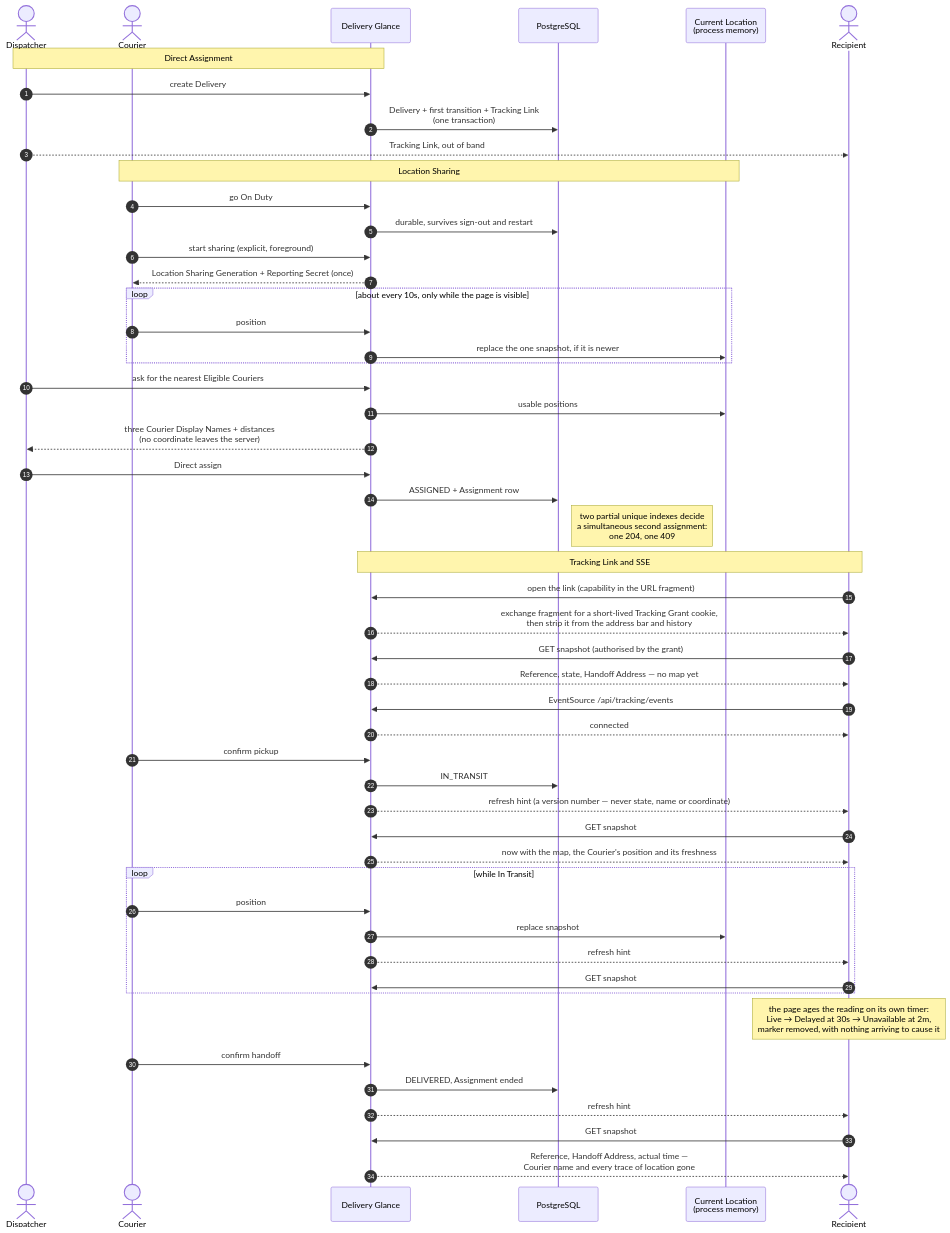
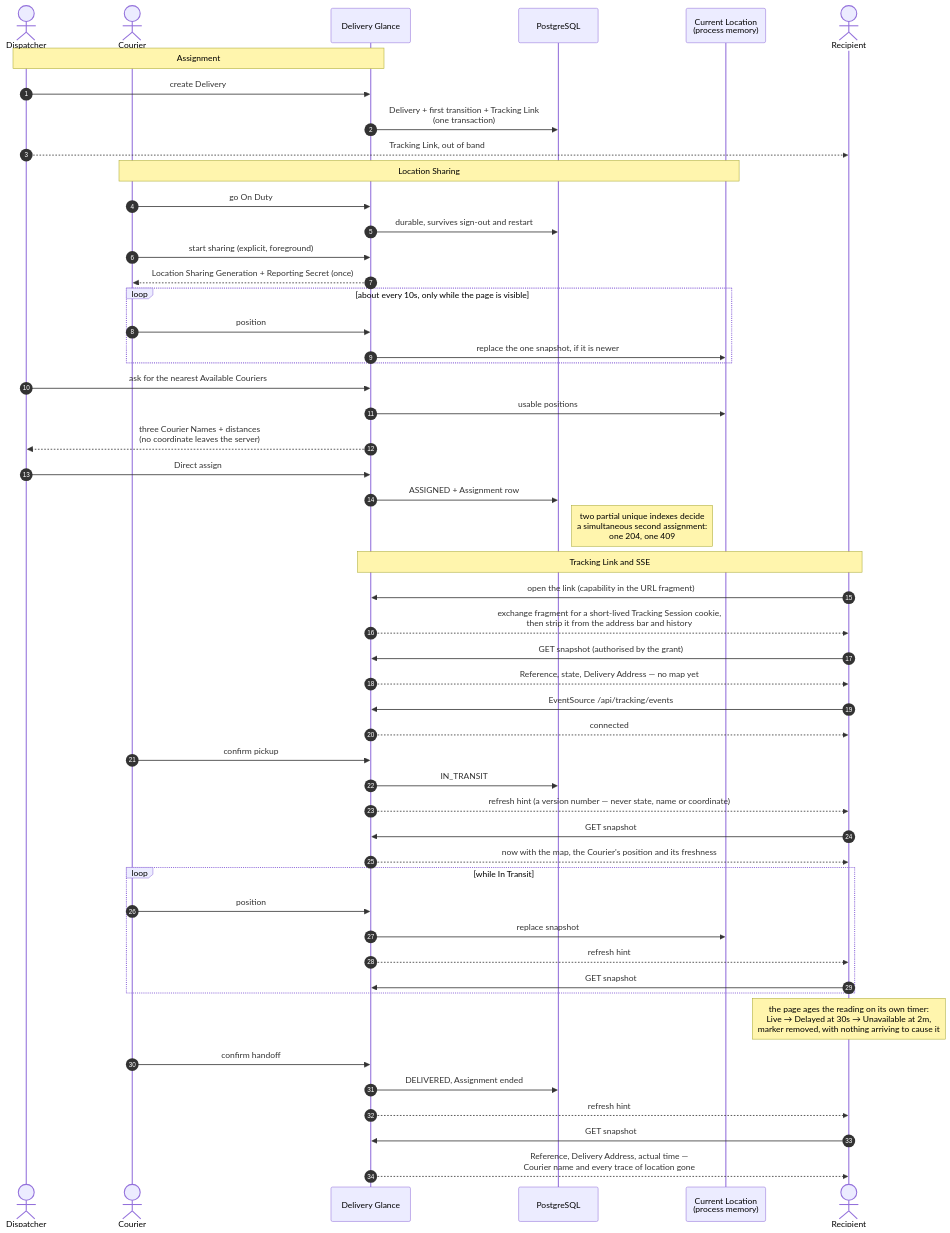
Before and after one commit to Jamiedz999/delivery-glance: the second of 2 diagrams in docs/architecture.md, drawn with Mermaid. The commit also changed other lines of this file and 23 other files, not shown here.

````diff
--- a/docs/architecture.md
+++ b/docs/architecture.md
@@ -86,61 +86,61 @@
 ```mermaid
 sequenceDiagram
     autonumber
     actor D as Dispatcher
     actor C as Courier
     participant A as Delivery Glance
     participant P as PostgreSQL
     participant M as Current Location<br/>(process memory)
     actor R as Recipient
 
-    Note over D,A: Direct Assignment
+    Note over D,A: Assignment
     D->>A: create Delivery
     A->>P: Delivery + first transition + Tracking Link<br/>(one transaction)
     D-->>R: Tracking Link, out of band
 
     Note over C,M: Location Sharing
     C->>A: go On Duty
     A->>P: durable, survives sign-out and restart
     C->>A: start sharing (explicit, foreground)
     A-->>C: Location Sharing Generation + Reporting Secret (once)
     loop about every 10s, only while the page is visible
         C->>A: position
         A->>M: replace the one snapshot, if it is newer
     end
 
-    D->>A: ask for the nearest Eligible Couriers
+    D->>A: ask for the nearest Available Couriers
     A->>M: usable positions
-    A-->>D: three Courier Display Names + distances<br/>(no coordinate leaves the server)
+    A-->>D: three Courier Names + distances<br/>(no coordinate leaves the server)
     D->>A: Direct assign
     A->>P: ASSIGNED + Assignment row
     Note right of P: two partial unique indexes decide<br/>a simultaneous second assignment:<br/>one 204, one 409
 
     Note over R,A: Tracking Link and SSE
     R->>A: open the link (capability in the URL fragment)
-    A-->>R: exchange fragment for a short-lived Tracking Grant cookie,<br/>then strip it from the address bar and history
+    A-->>R: exchange fragment for a short-lived Tracking Session cookie,<br/>then strip it from the address bar and history
     R->>A: GET snapshot (authorised by the grant)
-    A-->>R: Reference, state, Handoff Address — no map yet
+    A-->>R: Reference, state, Delivery Address — no map yet
     R->>A: EventSource /api/tracking/events
     A-->>R: connected
 
     C->>A: confirm pickup
     A->>P: IN_TRANSIT
     A-->>R: refresh hint (a version number — never state, name or coordinate)
     R->>A: GET snapshot
     A-->>R: now with the map, the Courier's position and its freshness
 
     loop while In Transit
         C->>A: position
         A->>M: replace snapshot
         A-->>R: refresh hint
         R->>A: GET snapshot
     end
 
     Note over R: the page ages the reading on its own timer:<br/>Live → Delayed at 30s → Unavailable at 2m,<br/>marker removed, with nothing arriving to cause it
 
     C->>A: confirm handoff
     A->>P: DELIVERED, Assignment ended
     A-->>R: refresh hint
     R->>A: GET snapshot
-    A-->>R: Reference, Handoff Address, actual time —<br/>Courier name and every trace of location gone
+    A-->>R: Reference, Delivery Address, actual time —<br/>Courier name and every trace of location gone
 ```
````
